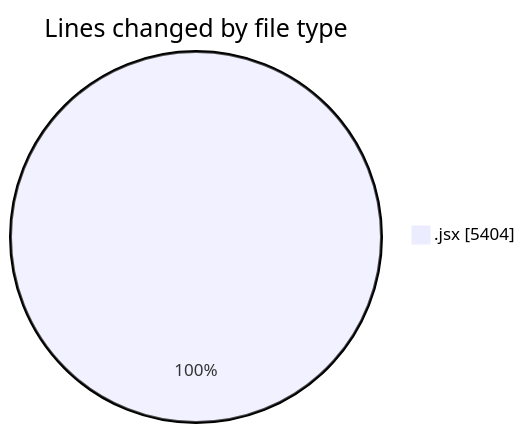
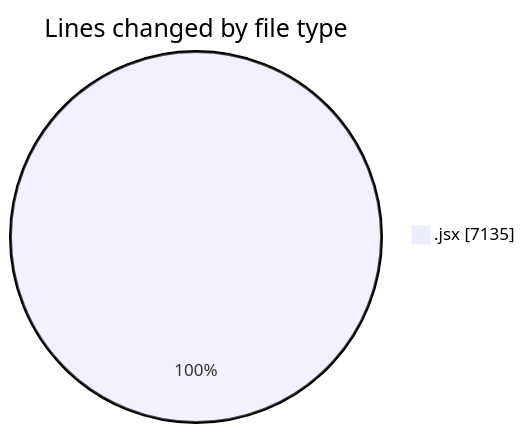
The first of 2 diagrams in 2025-06-14/nxtqube_webapp/README.md (nxtqubesakshisongat/code-tracking), drawn with Mermaid before and after one commit. The commit also changed other lines of this file and 1 other file, not shown here.

````diff
--- a/2025-06-14/nxtqube_webapp/README.md
+++ b/2025-06-14/nxtqube_webapp/README.md
@@ -26,5 +26,5 @@
 ```mermaid
 pie showData
 title Lines changed by file type
-".jsx" : 5404
+".jsx" : 7135
 ```
````
